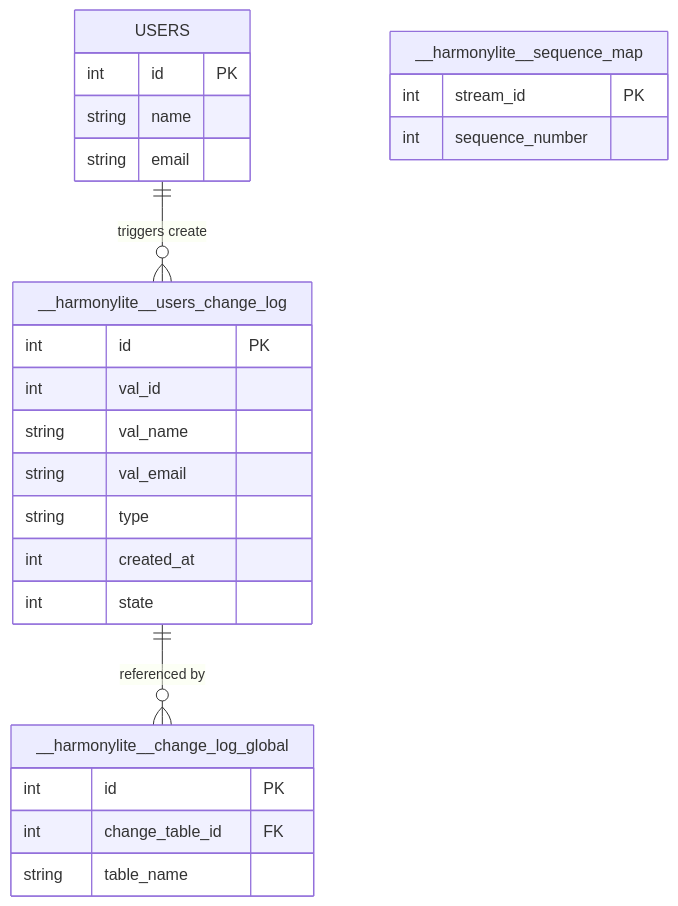
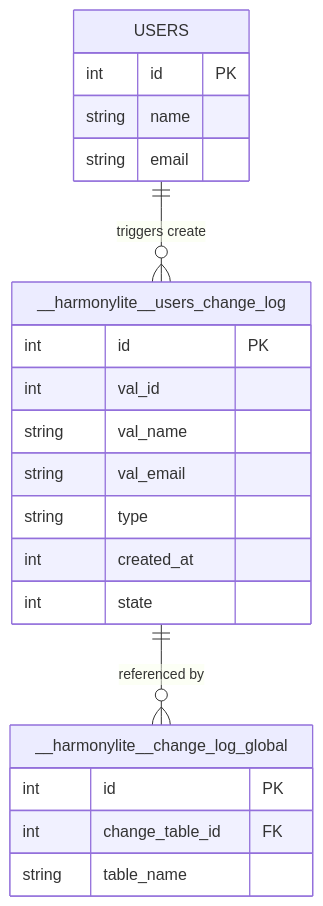
The second of 8 diagrams in docs/docs/architecture.md (wongfei2009/harmonylite), drawn with Mermaid before and after one commit. The commit also changed other lines of this file, not shown here.

Commit message:
docs: add sequence map details and fix ER diagram

````diff
--- a/docs/docs/architecture.md
+++ b/docs/docs/architecture.md
@@ -82,32 +82,27 @@
 ```mermaid
 erDiagram
     USERS {
         int id PK
         string name
         string email
     }
     
     __harmonylite__change_log_global {
         int id PK
         int change_table_id FK
         string table_name
     }
     
     __harmonylite__users_change_log {
         int id PK
         int val_id
         string val_name
         string val_email
         string type
         int created_at
         int state
     }
-
-    __harmonylite__sequence_map {
-        int stream_id PK
-        int sequence_number
-    }
     
     USERS ||--o{ __harmonylite__users_change_log : "triggers create"
     __harmonylite__users_change_log ||--o{ __harmonylite__change_log_global : "referenced by"
 ```
````
